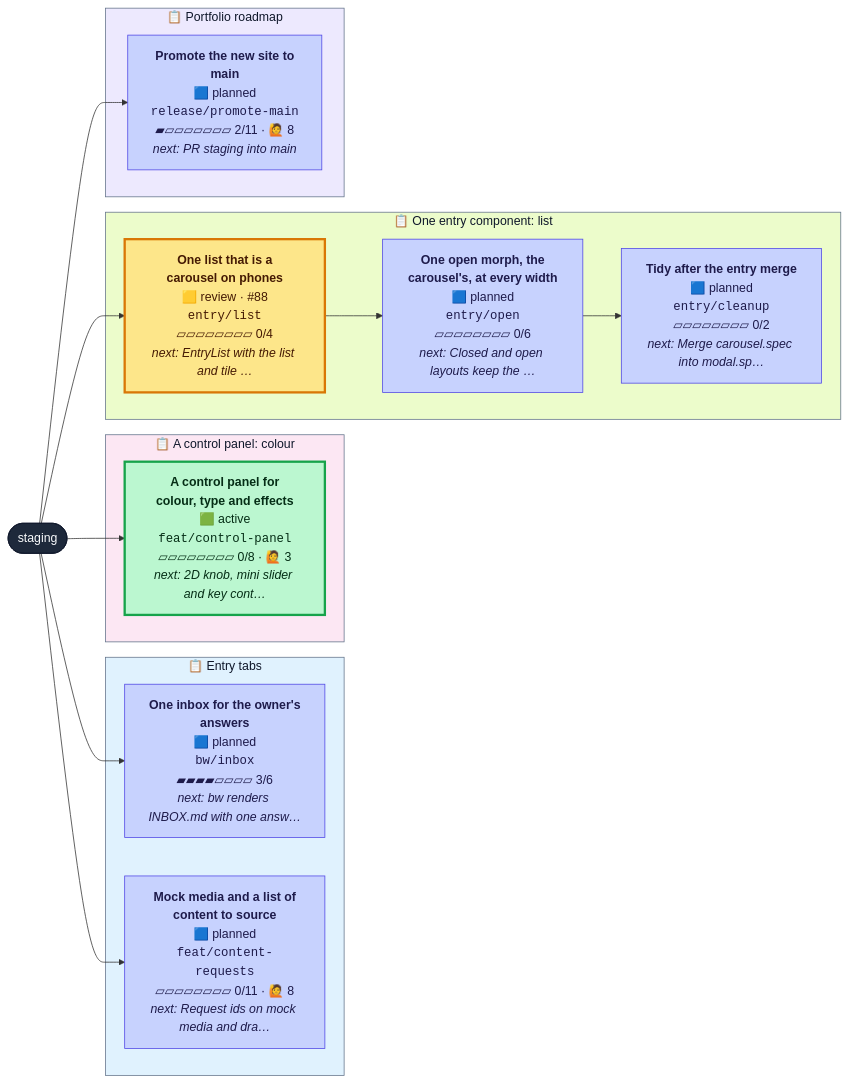
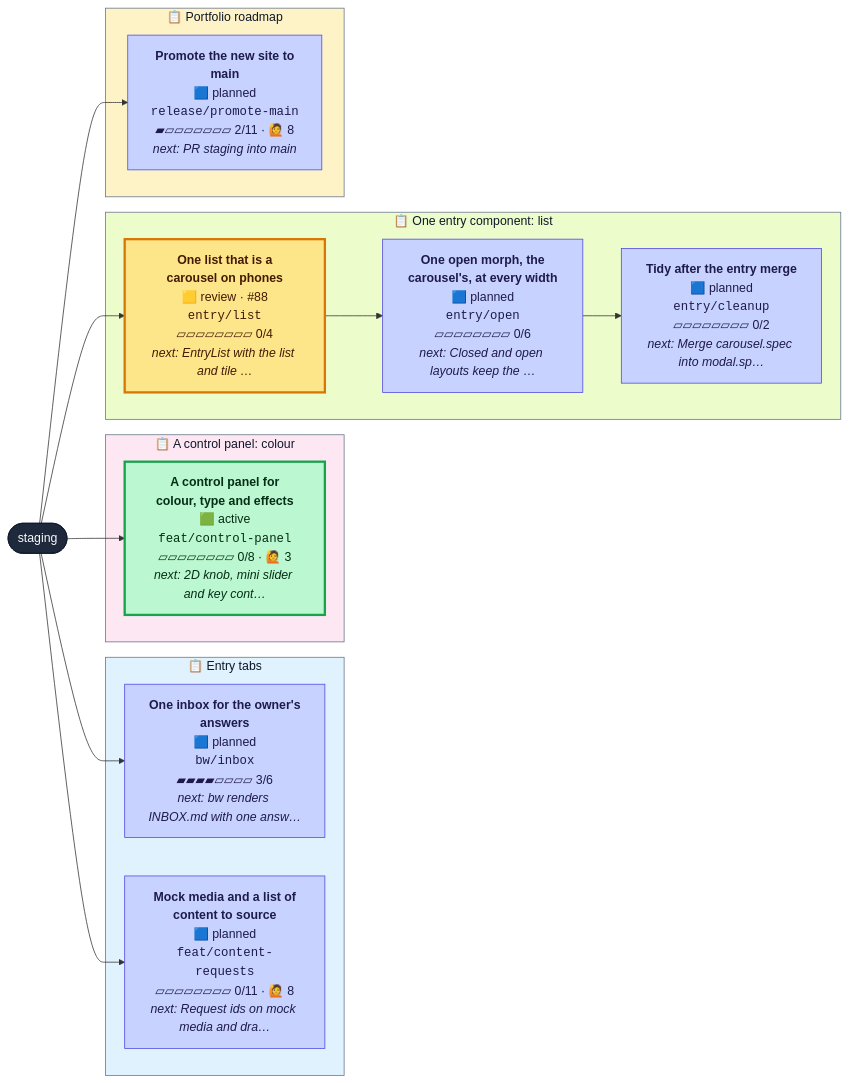
The diagram in CONTRIBUTING.md (henryjonescodes/portfolio), drawn with Mermaid before and after one commit. The commit also changed other lines of this file and 1 other file, not shown here.

````diff
--- a/CONTRIBUTING.md
+++ b/CONTRIBUTING.md
@@ -16,44 +16,44 @@
 ```mermaid
 flowchart LR
   n_staging([staging])
   class n_staging trunk
   subgraph plan_0["📋 Entry tabs"]
     n_bw_inbox["<b>One inbox for the owner's<br/>answers</b><br/>🟦 planned<br/><code>bw/inbox</code><br/>▰▰▰▰▱▱▱▱ 3/6<br/><i>next: bw renders INBOX.md with one answ…</i>"]
     class n_bw_inbox planned
     n_feat_content_requests["<b>Mock media and a list of<br/>content to source</b><br/>🟦 planned<br/><code>feat/content-requests</code><br/>▱▱▱▱▱▱▱▱ 0/11 · 🙋 8<br/><i>next: Request ids on mock media and dra…</i>"]
     class n_feat_content_requests planned
   end
   style plan_0 fill:#e0f2fe,stroke:#64748b,color:#0f172a
   subgraph plan_1["📋 A control panel: colour"]
     n_feat_control_panel["<b>A control panel for<br/>colour, type and effects</b><br/>🟩 active<br/><code>feat/control-panel</code><br/>▱▱▱▱▱▱▱▱ 0/8 · 🙋 3<br/><i>next: 2D knob, mini slider and key cont…</i>"]
     class n_feat_control_panel active
   end
   style plan_1 fill:#fce7f3,stroke:#64748b,color:#0f172a
   subgraph plan_2["📋 One entry component: list"]
     n_entry_cleanup["<b>Tidy after the entry merge</b><br/>🟦 planned<br/><code>entry/cleanup</code><br/>▱▱▱▱▱▱▱▱ 0/2<br/><i>next: Merge carousel.spec into modal.sp…</i>"]
     class n_entry_cleanup planned
     n_entry_list["<b>One list that is a<br/>carousel on phones</b><br/>🟨 review · #88<br/><code>entry/list</code><br/>▱▱▱▱▱▱▱▱ 0/4<br/><i>next: EntryList with the list and tile …</i>"]
     class n_entry_list review
     n_entry_open["<b>One open morph, the<br/>carousel's, at every width</b><br/>🟦 planned<br/><code>entry/open</code><br/>▱▱▱▱▱▱▱▱ 0/6<br/><i>next: Closed and open layouts keep the …</i>"]
     class n_entry_open planned
   end
   style plan_2 fill:#ecfccb,stroke:#64748b,color:#0f172a
-  subgraph plan_4["📋 Portfolio roadmap"]
+  subgraph plan_3["📋 Portfolio roadmap"]
     n_release_promote_main["<b>Promote the new site to<br/>main</b><br/>🟦 planned<br/><code>release/promote-main</code><br/>▰▱▱▱▱▱▱▱ 2/11 · 🙋 8<br/><i>next: PR staging into main</i>"]
     class n_release_promote_main planned
   end
-  style plan_4 fill:#ede9fe,stroke:#64748b,color:#0f172a
+  style plan_3 fill:#fef3c7,stroke:#64748b,color:#0f172a
   n_staging --> n_bw_inbox
   n_entry_open --> n_entry_cleanup
   n_staging --> n_entry_list
   n_entry_list --> n_entry_open
   n_staging --> n_feat_content_requests
   n_staging --> n_feat_control_panel
   n_staging --> n_release_promote_main
   classDef planned fill:#c7d2fe,stroke:#4f46e5,color:#1e1b4b
   classDef active fill:#bbf7d0,stroke:#16a34a,stroke-width:3px,color:#052e16
   classDef review fill:#fde68a,stroke:#d97706,stroke-width:3px,color:#451a03
   classDef blocked fill:#fecaca,stroke:#dc2626,stroke-width:3px,color:#450a0a
   classDef trunk fill:#1e293b,stroke:#0f172a,color:#f8fafc
   classDef current stroke:#0ea5e9,stroke-width:5px
 ```
````
